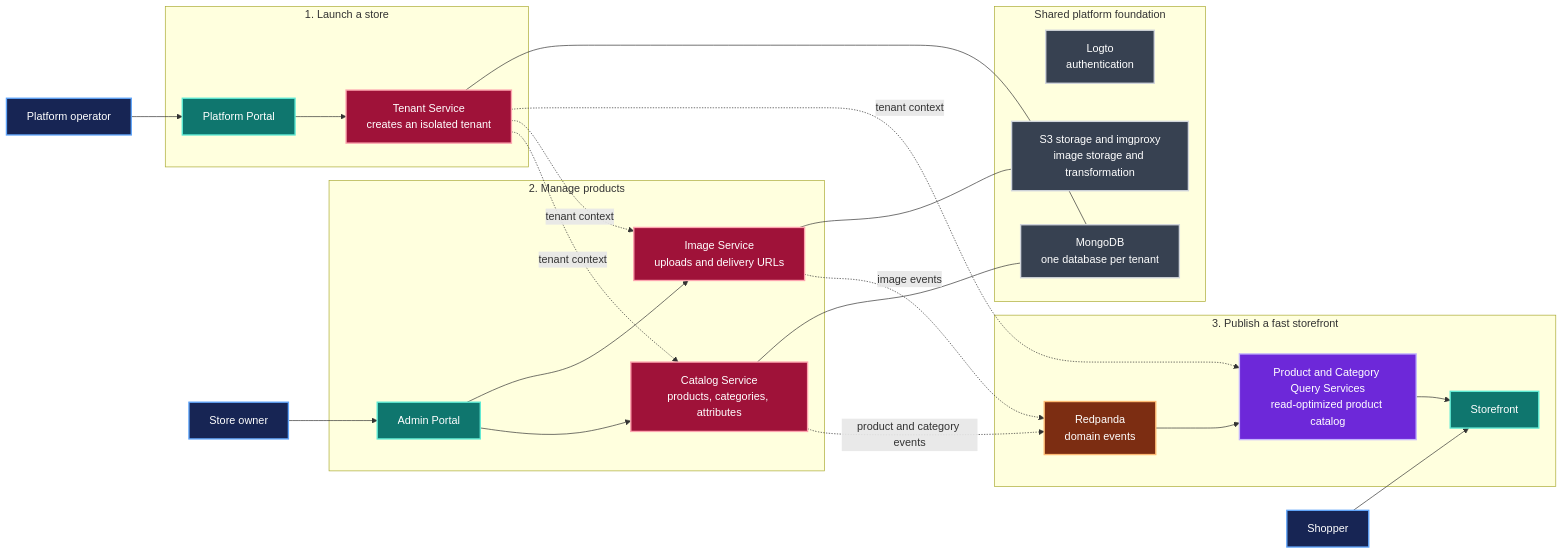
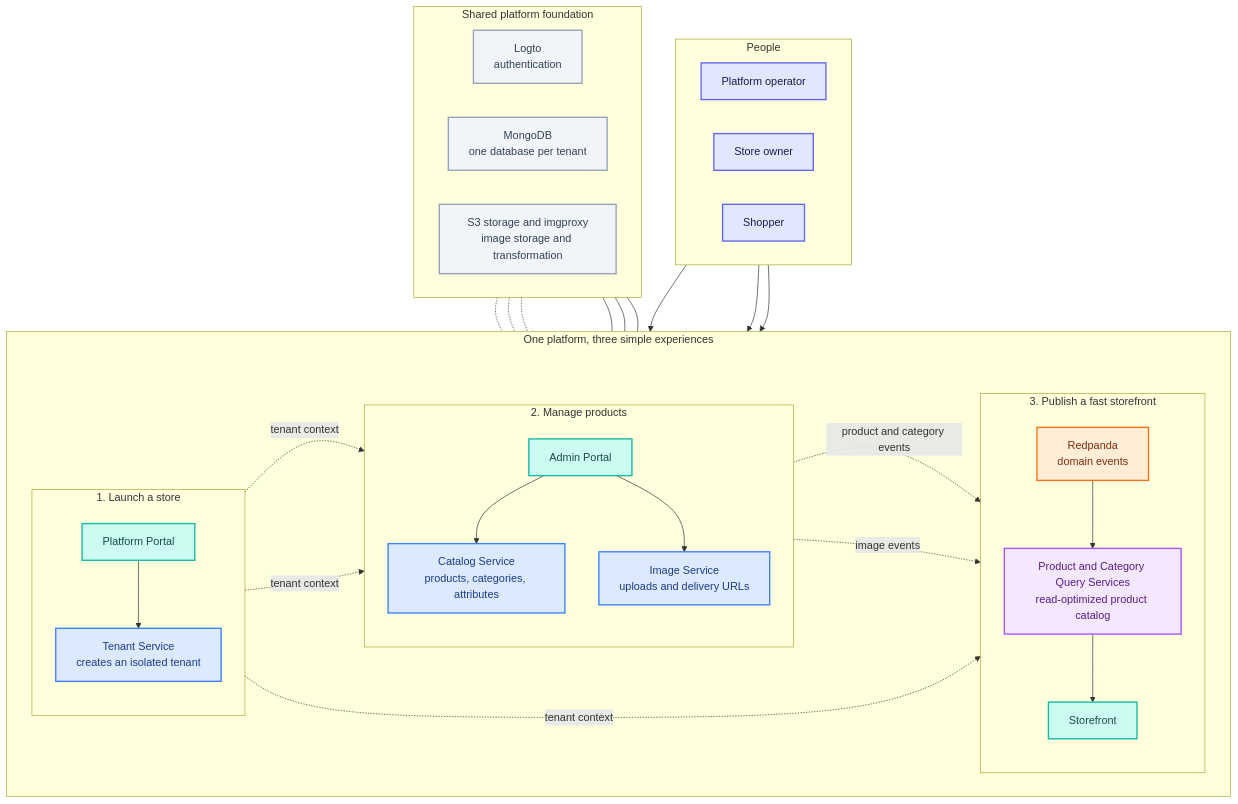
The diagram in docs/architecture/platform-overview.md (Sokol111/ecommerce-workspace), drawn with Mermaid before and after one commit.

````diff
--- a/docs/architecture/platform-overview.md
+++ b/docs/architecture/platform-overview.md
@@ -6,54 +6,68 @@
 ```mermaid
-flowchart LR
-    classDef person fill:#172554,color:#ffffff,stroke:#60a5fa,stroke-width:2px
-    classDef app fill:#0f766e,color:#ffffff,stroke:#5eead4,stroke-width:2px
-    classDef write fill:#9f1239,color:#ffffff,stroke:#fda4af,stroke-width:2px
-    classDef event fill:#7c2d12,color:#ffffff,stroke:#fdba74,stroke-width:2px
-    classDef read fill:#6d28d9,color:#ffffff,stroke:#c4b5fd,stroke-width:2px
-    classDef foundation fill:#374151,color:#ffffff,stroke:#d1d5db,stroke-width:2px
+flowchart TB
+    classDef person fill:#e0e7ff,color:#1e1b4b,stroke:#6366f1,stroke-width:2px
+    classDef app fill:#ccfbf1,color:#134e4a,stroke:#14b8a6,stroke-width:2px
+    classDef core fill:#dbeafe,color:#1e3a8a,stroke:#3b82f6,stroke-width:2px
+    classDef event fill:#ffedd5,color:#7c2d12,stroke:#f97316,stroke-width:2px
+    classDef read fill:#f3e8ff,color:#581c87,stroke:#a855f7,stroke-width:2px
+    classDef foundation fill:#f1f5f9,color:#334155,stroke:#94a3b8,stroke-width:2px
 
-    shopper[Shopper]:::person
-    merchant[Store owner]:::person
-    operator[Platform operator]:::person
-
-    subgraph setup[1. Launch a store]
-        platformUI[Platform Portal]:::app
-        tenant[Tenant Service<br/>creates an isolated tenant]:::write
-        platformUI --> tenant
+    subgraph people[People]
+        direction LR
+        operator[Platform operator]:::person
+        merchant[Store owner]:::person
+        shopper[Shopper]:::person
     end
 
-    subgraph manage[2. Manage products]
-        admin[Admin Portal]:::app
-        catalog[Catalog Service<br/>products, categories, attributes]:::write
-        image[Image Service<br/>uploads and delivery URLs]:::write
-        admin --> catalog
-        admin --> image
-    end
+    subgraph journey[One platform, three simple experiences]
+        direction LR
 
-    subgraph sell[3. Publish a fast storefront]
-        events[Redpanda<br/>domain events]:::event
-        queries[Product and Category Query Services<br/>read-optimized product catalog]:::read
-        storefront[Storefront]:::app
-        events --> queries --> storefront
+        subgraph setup[1. Launch a store]
+            direction TB
+            platformUI[Platform Portal]:::app
+            tenant[Tenant Service<br/>creates an isolated tenant]:::core
+            platformUI --> tenant
+        end
+
+        subgraph manage[2. Manage products]
+            direction TB
+            admin[Admin Portal]:::app
+            catalog[Catalog Service<br/>products, categories, attributes]:::core
+            image[Image Service<br/>uploads and delivery URLs]:::core
+            admin --> catalog
+            admin --> image
+        end
+
+        subgraph sell[3. Publish a fast storefront]
+            direction TB
+            events[Redpanda<br/>domain events]:::event
+            queries[Product and Category Query Services<br/>read-optimized product catalog]:::read
+            storefront[Storefront]:::app
+            events --> queries --> storefront
+        end
     end
 
     operator --> platformUI
     merchant --> admin
     shopper --> storefront
 
     tenant -. tenant context .-> catalog
     tenant -. tenant context .-> image
     tenant -. tenant context .-> queries
     catalog -. product and category events .-> events
     image -. image events .-> events
 
     subgraph foundation[Shared platform foundation]
+        direction LR
         identity[Logto<br/>authentication]:::foundation
         data[MongoDB<br/>one database per tenant]:::foundation
         media[S3 storage and imgproxy<br/>image storage and transformation]:::foundation
     end
 
+    identity -.- platformUI
+    identity -.- admin
+    identity -.- storefront
     tenant --- data
     catalog --- data
     image --- media
 ```
````
